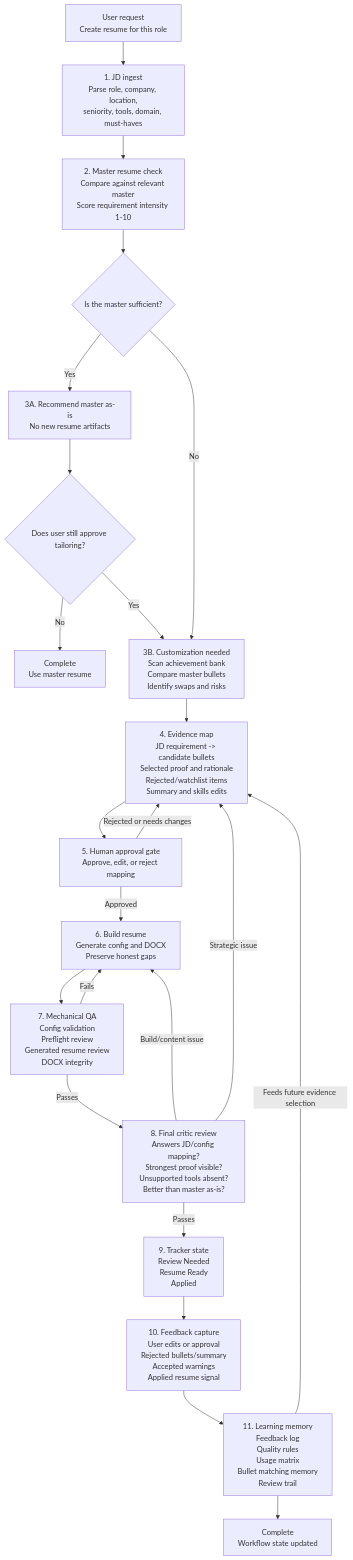
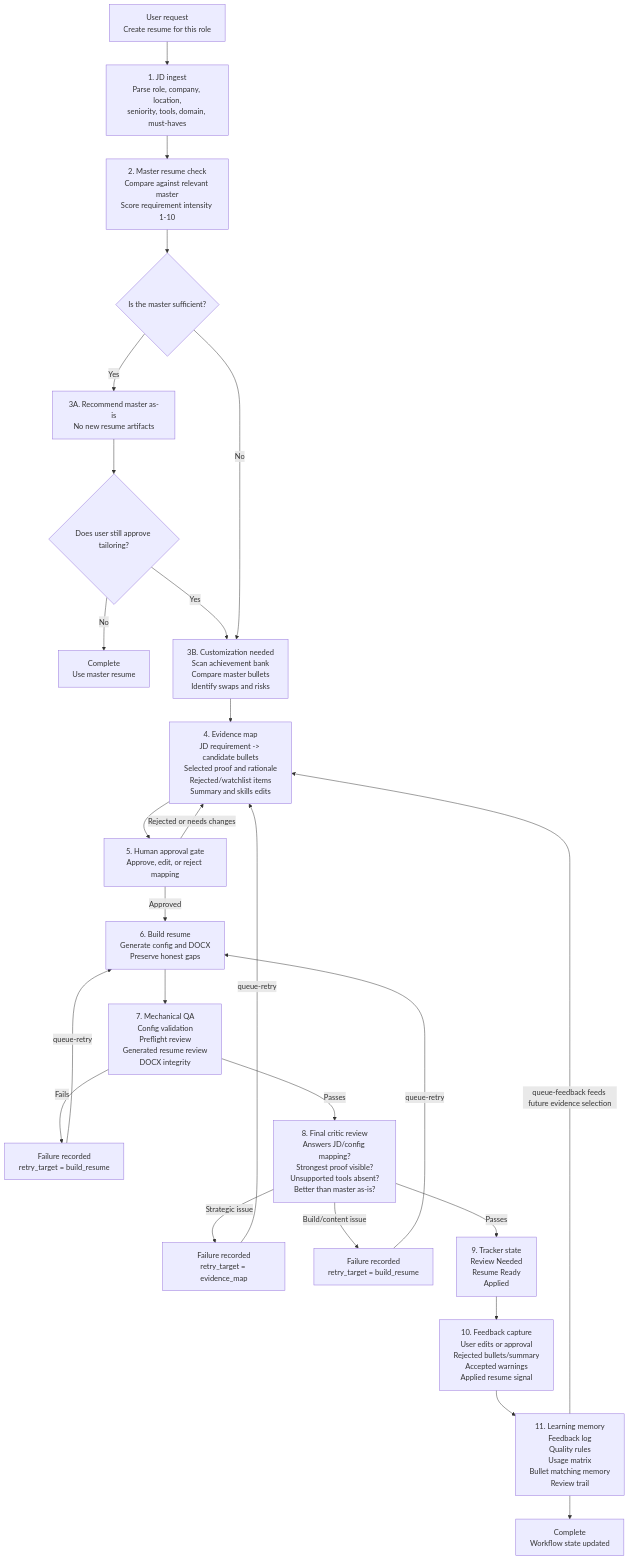
One commit to AshishSilla/career-ops-copilot changed the diagram in README.md. Above: the diagram before and after it, drawn with Mermaid. The commit also changed other lines of this file and 3 other files, not shown here.

Commit message:
feat: enforce resume queue orchestration

````diff
--- a/README.md
+++ b/README.md
@@ -45,29 +45,32 @@
 ```mermaid
 flowchart TD
     A[User request<br/>Create resume for this role] --> B[1. JD ingest<br/>Parse role, company, location,<br/>seniority, tools, domain, must-haves]
     B --> C[2. Master resume check<br/>Compare against relevant master<br/>Score requirement intensity 1-10]
     C --> D{Is the master sufficient?}
 
     D -->|Yes| E[3A. Recommend master as-is<br/>No new resume artifacts]
     E --> F{Does user still approve tailoring?}
     F -->|No| Z[Complete<br/>Use master resume]
     F -->|Yes| G[3B. Customization needed<br/>Scan achievement bank<br/>Compare master bullets<br/>Identify swaps and risks]
 
     D -->|No| G
     G --> H[4. Evidence map<br/>JD requirement -> candidate bullets<br/>Selected proof and rationale<br/>Rejected/watchlist items<br/>Summary and skills edits]
     H --> I[5. Human approval gate<br/>Approve, edit, or reject mapping]
     I -->|Rejected or needs changes| H
     I -->|Approved| J[6. Build resume<br/>Generate config and DOCX<br/>Preserve honest gaps]
 
     J --> K[7. Mechanical QA<br/>Config validation<br/>Preflight review<br/>Generated resume review<br/>DOCX integrity]
-    K -->|Fails| J
+    K -->|Fails| QAFAIL[Failure recorded<br/>retry_target = build_resume]
+    QAFAIL -->|queue-retry| J
     K -->|Passes| L[8. Final critic review<br/>Answers JD/config mapping?<br/>Strongest proof visible?<br/>Unsupported tools absent?<br/>Better than master as-is?]
-    L -->|Strategic issue| H
-    L -->|Build/content issue| J
+    L -->|Strategic issue| CRITFAIL1[Failure recorded<br/>retry_target = evidence_map]
+    CRITFAIL1 -->|queue-retry| H
+    L -->|Build/content issue| CRITFAIL2[Failure recorded<br/>retry_target = build_resume]
+    CRITFAIL2 -->|queue-retry| J
     L -->|Passes| M[9. Tracker state<br/>Review Needed<br/>Resume Ready<br/>Applied]
 
     M --> N[10. Feedback capture<br/>User edits or approval<br/>Rejected bullets/summary<br/>Accepted warnings<br/>Applied resume signal]
     N --> O[11. Learning memory<br/>Feedback log<br/>Quality rules<br/>Usage matrix<br/>Bullet matching memory<br/>Review trail]
-    O -->|Feeds future evidence selection| H
+    O -->|queue-feedback feeds future evidence selection| H
     O --> P[Complete<br/>Workflow state updated]
 ```
````
